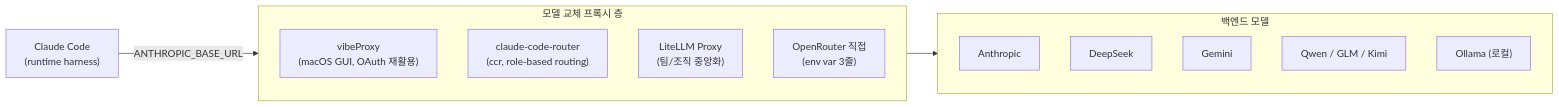
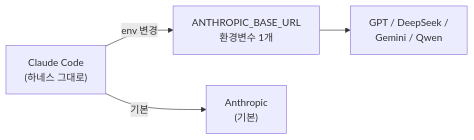
Before and after one commit to 0doyun/cc-core: the diagram in content/docs/06-ecosystem/vibeproxy-and-alternatives.mdx, drawn with Mermaid. The commit also changed other lines of this file, not shown here.

````diff
--- a/content/docs/06-ecosystem/vibeproxy-and-alternatives.mdx
+++ b/content/docs/06-ecosystem/vibeproxy-and-alternatives.mdx
@@ -21,20 +14,10 @@
 ```mermaid
 flowchart LR
-    CC["Claude Code<br/>(runtime harness)"]
-    subgraph Proxies["모델 교체 프록시 층"]
-        VP["vibeProxy<br/>(macOS GUI, OAuth 재활용)"]
-        CCR["claude-code-router<br/>(ccr, role-based routing)"]
-        LL["LiteLLM Proxy<br/>(팀/조직 중앙화)"]
-        OR["OpenRouter 직접<br/>(env var 3줄)"]
-    end
-    subgraph Backends["백엔드 모델"]
-        A["Anthropic"]
-        D["DeepSeek"]
-        G["Gemini"]
-        Q["Qwen / GLM / Kimi"]
-        O["Ollama (로컬)"]
-    end
+    CC["Claude Code<br/>(하네스 그대로)"]
+    ENV["ANTHROPIC_BASE_URL<br/>환경변수 1개"]
+    A["Anthropic<br/>(기본)"]
+    B["GPT / DeepSeek /<br/>Gemini / Qwen"]
 
-    CC -->|ANTHROPIC_BASE_URL| Proxies
-    Proxies --> Backends
+    CC -->|기본| A
+    CC -->|env 변경| ENV --> B
 ```
````
